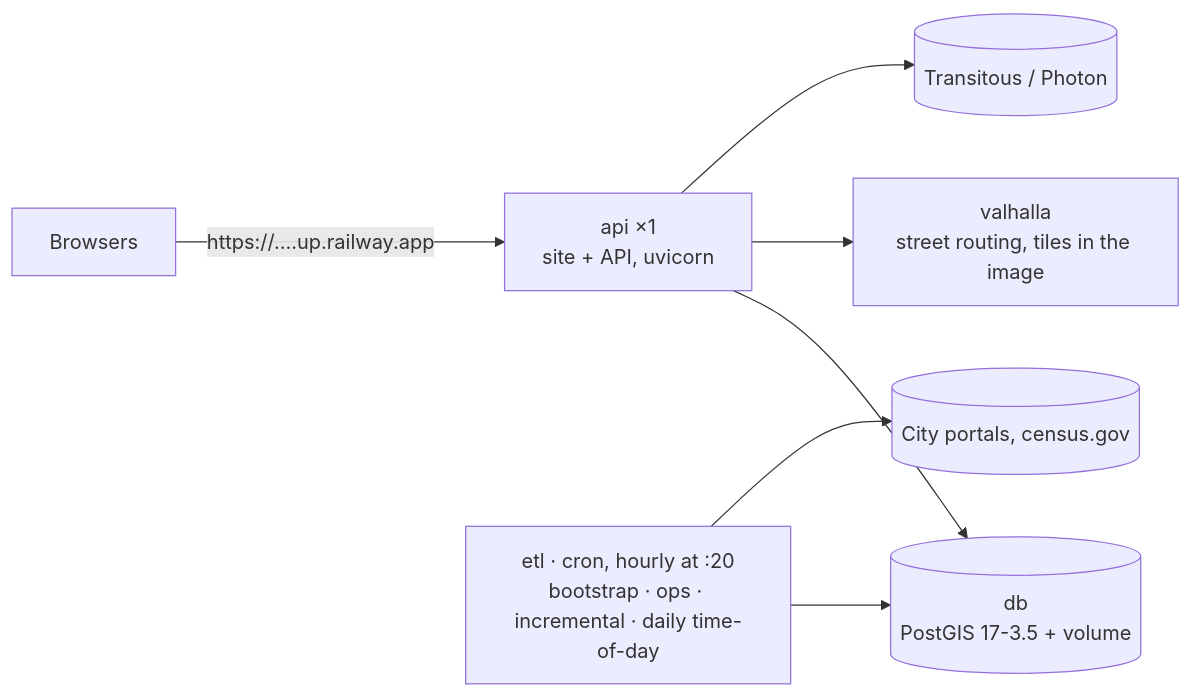
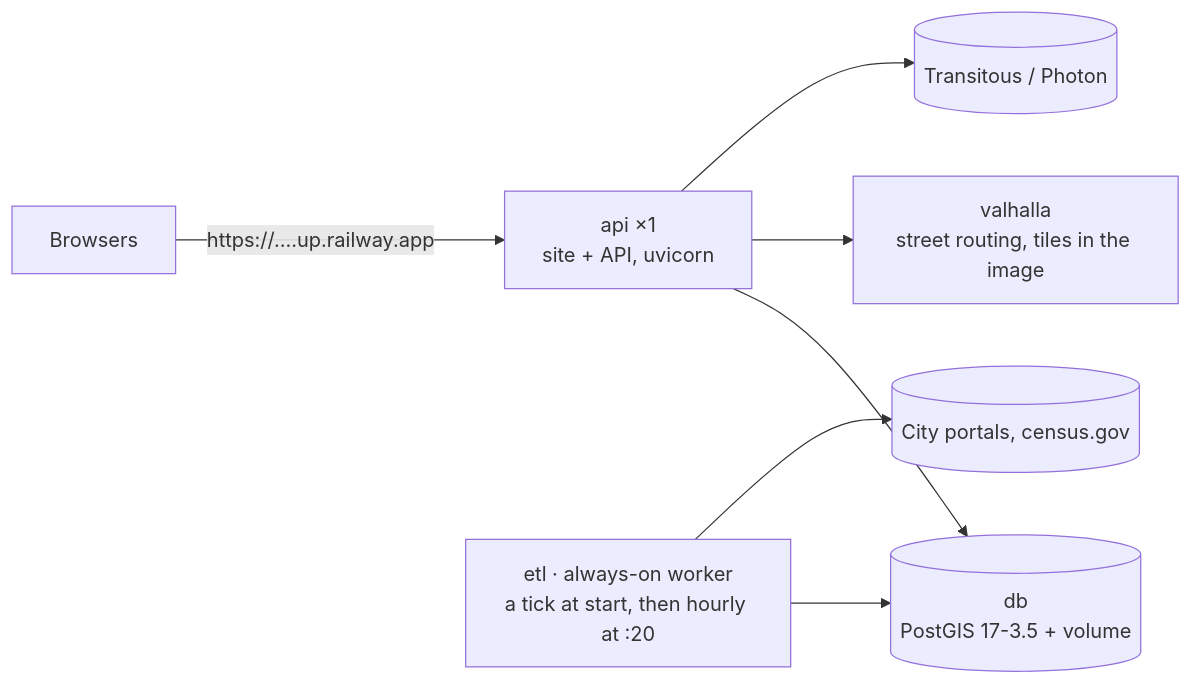
One commit to ryanfio15/Crime-Prevention-and-Personal-Safety-Application changed the diagram in docs/RAILWAY.md. Above: the diagram before and after it, drawn with Mermaid. The commit also changed other lines of this file and 8 other files, not shown here.

````diff
--- a/docs/RAILWAY.md
+++ b/docs/RAILWAY.md
@@ -16,9 +26,9 @@
 ```mermaid
 flowchart LR
   U[Browsers] -->|"https://….up.railway.app"| A["api ×1<br/>site + API, uvicorn"]
   A --> D[("db<br/>PostGIS 17-3.5 + volume")]
   A --> V["valhalla<br/>street routing, tiles in the image"]
   A --> X[("Transitous / Photon")]
-  E["etl · cron, hourly at :20<br/>bootstrap · ops · incremental · daily time-of-day"] --> D
+  E["etl · always-on worker<br/>a tick at start, then hourly at :20"] --> D
   E --> P[(City portals, census.gov)]
 ```
````
